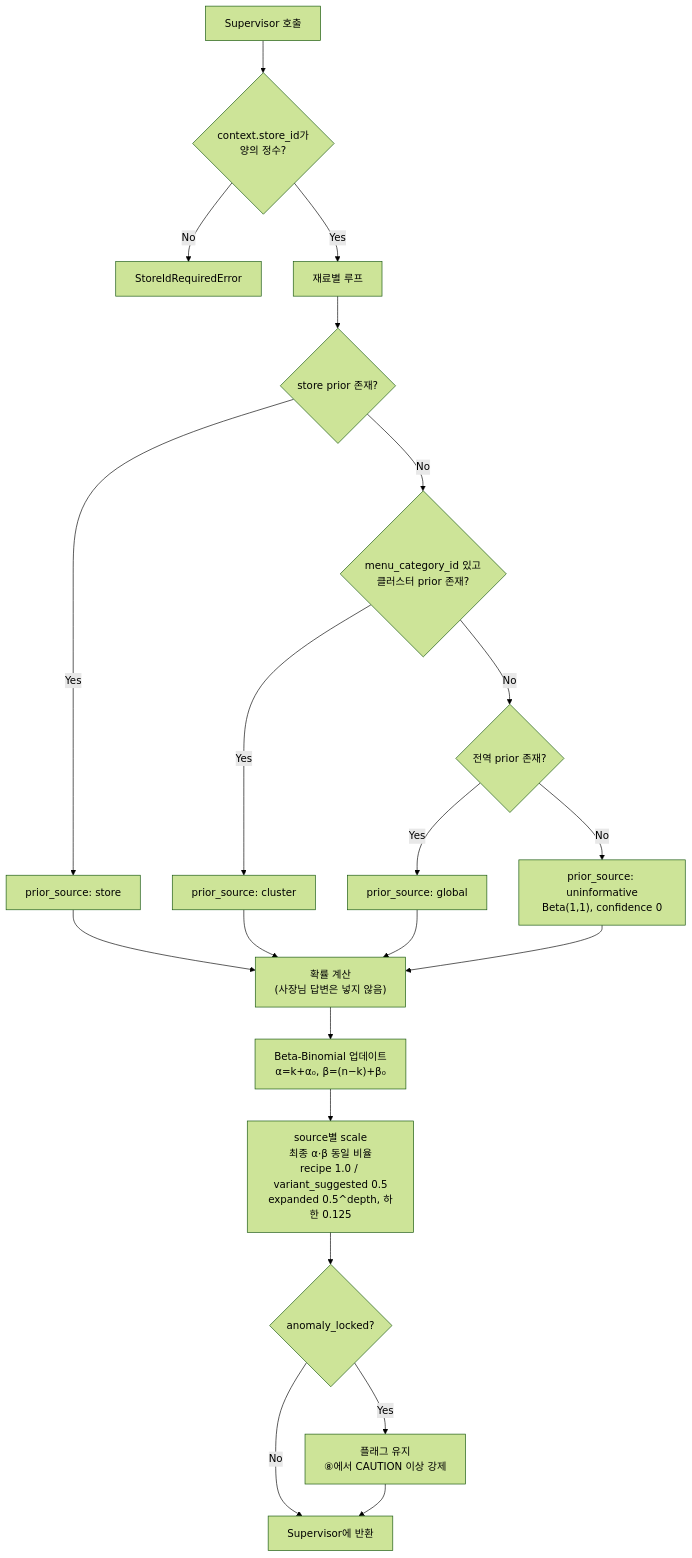
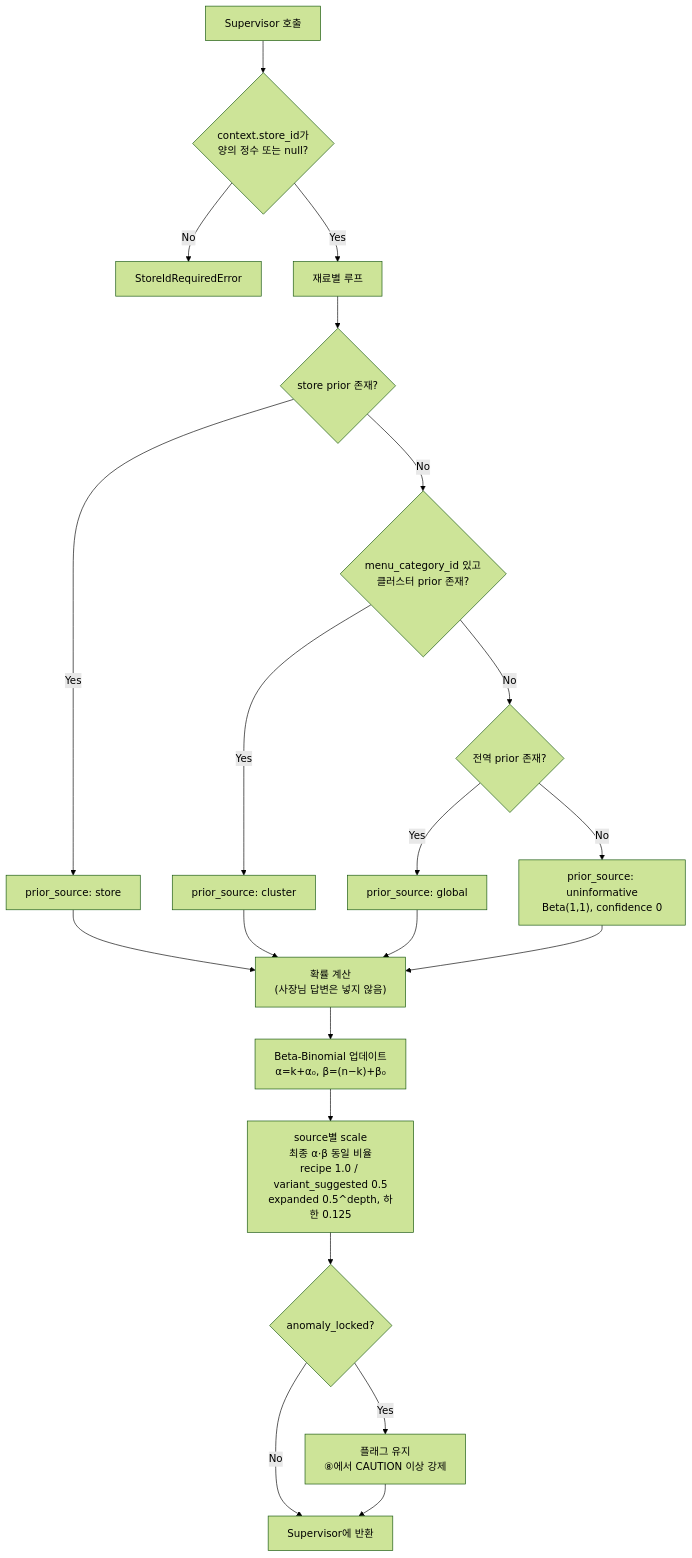
One commit to Han-Spoon/ai changed the diagram in docs/5-tool-Statistics.md. Above: the diagram before and after it, drawn with Mermaid (forest theme). The commit also changed other lines of this file and 2 other files, not shown here.

````diff
--- a/docs/5-tool-Statistics.md
+++ b/docs/5-tool-Statistics.md
@@ -141,25 +142,25 @@
 ```mermaid
 flowchart TD
-    S[Supervisor 호출] --> V{"context.store_id가<br/>양의 정수?"}
+    S[Supervisor 호출] --> V{"context.store_id가<br/>양의 정수 또는 null?"}
     V -->|No| ERR[StoreIdRequiredError]
     V -->|Yes| L[재료별 루프]
 
     L --> P{store prior 존재?}
     P -->|Yes| SP["prior_source: store"]
     P -->|No| CL{"menu_category_id 있고<br/>클러스터 prior 존재?"}
     CL -->|Yes| CP["prior_source: cluster"]
     CL -->|No| G{"전역 prior 존재?"}
     G -->|Yes| GP["prior_source: global"]
     G -->|No| UP["prior_source: uninformative<br/>Beta(1,1), confidence 0"]
 
     SP --> INH["확률 계산<br/>(사장님 답변은 넣지 않음)"]
     CP --> INH
     GP --> INH
     UP --> INH
     INH --> BB["Beta-Binomial 업데이트<br/>α=k+α₀, β=(n−k)+β₀"]
     BB --> SRC["source별 scale<br/>최종 α·β 동일 비율<br/>recipe 1.0 / variant_suggested 0.5<br/>expanded 0.5^depth, 하한 0.125"]
     SRC --> LOCK{"anomaly_locked?"}
     LOCK -->|Yes| MARK["플래그 유지<br/>⑧에서 CAUTION 이상 강제"]
     LOCK -->|No| OUT[Supervisor에 반환]
     MARK --> OUT
 ```
````
